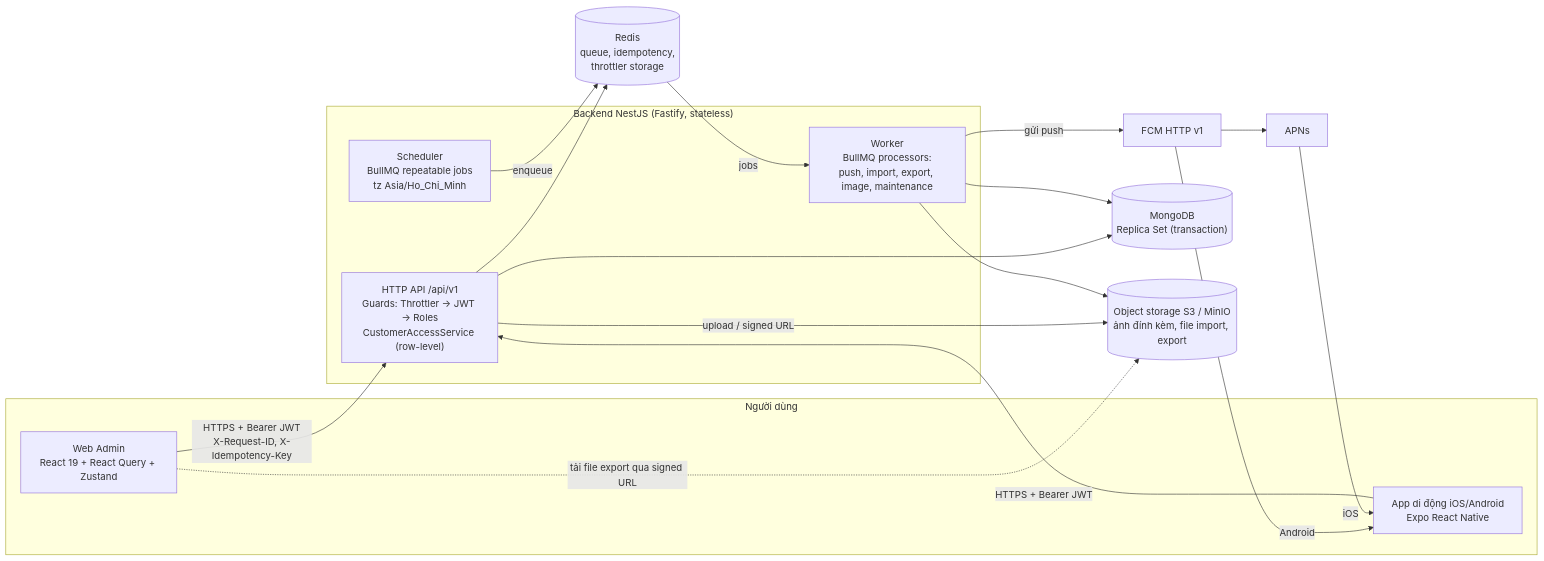
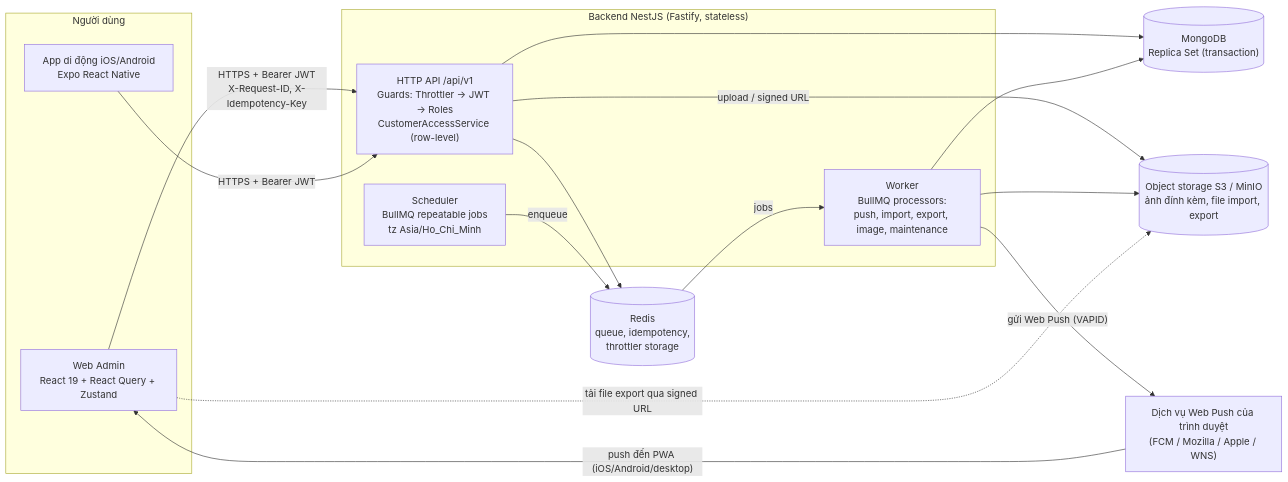
Before and after one commit to hltn/RealEstateManager: the first of 9 diagrams in docs/06_Module_Customer_Management/04_Tai_Lieu_Ky_Thuat_Module_Quan_Ly_Khach_Hang.md, drawn with Mermaid. The commit also changed other lines of this file and 28 other files, not shown here.

Commit message:
feat(v1.0.4): lượt L4 — màn Trường chân dung đợt 1, tài liệu Web Push VAPID, sửa QA L3 (T-45, T-63)

````diff
--- a/docs/06_Module_Customer_Management/04_Tai_Lieu_Ky_Thuat_Module_Quan_Ly_Khach_Hang.md
+++ b/docs/06_Module_Customer_Management/04_Tai_Lieu_Ky_Thuat_Module_Quan_Ly_Khach_Hang.md
@@ -36,34 +36,31 @@
 ```mermaid
 flowchart LR
   subgraph Clients["Người dùng"]
     WEB["Web Admin<br/>React 19 + React Query + Zustand"]
     MOB["App di động iOS/Android<br/>Expo React Native"]
   end
 
   subgraph BE["Backend NestJS (Fastify, stateless)"]
     API["HTTP API /api/v1<br/>Guards: Throttler → JWT → Roles<br/>CustomerAccessService (row-level)"]
     WRK["Worker<br/>BullMQ processors:<br/>push, import, export, image, maintenance"]
     SCH["Scheduler<br/>BullMQ repeatable jobs<br/>tz Asia/Ho_Chi_Minh"]
   end
 
   DB[("MongoDB<br/>Replica Set (transaction)")]
   RDS[("Redis<br/>queue, idempotency,<br/>throttler storage")]
   S3[("Object storage S3 / MinIO<br/>ảnh đính kèm, file import, export")]
-  FCM["FCM HTTP v1"]
-  APNS["APNs"]
+  PUSHSVC["Dịch vụ Web Push của trình duyệt<br/>(FCM / Mozilla / Apple / WNS)"]
 
   WEB -- "HTTPS + Bearer JWT<br/>X-Request-ID, X-Idempotency-Key" --> API
   MOB -- "HTTPS + Bearer JWT" --> API
   API --> DB
   API --> RDS
   API -- "upload / signed URL" --> S3
   SCH -- "enqueue" --> RDS
   RDS -- "jobs" --> WRK
   WRK --> DB
   WRK --> S3
-  WRK -- "gửi push" --> FCM
-  FCM -- "Android" --> MOB
-  FCM --> APNS
-  APNS -- "iOS" --> MOB
+  WRK -- "gửi Web Push (VAPID)" --> PUSHSVC
+  PUSHSVC -- "push đến PWA (iOS/Android/desktop)" --> WEB
   WEB -. "tải file export qua signed URL" .-> S3
 ```
````
